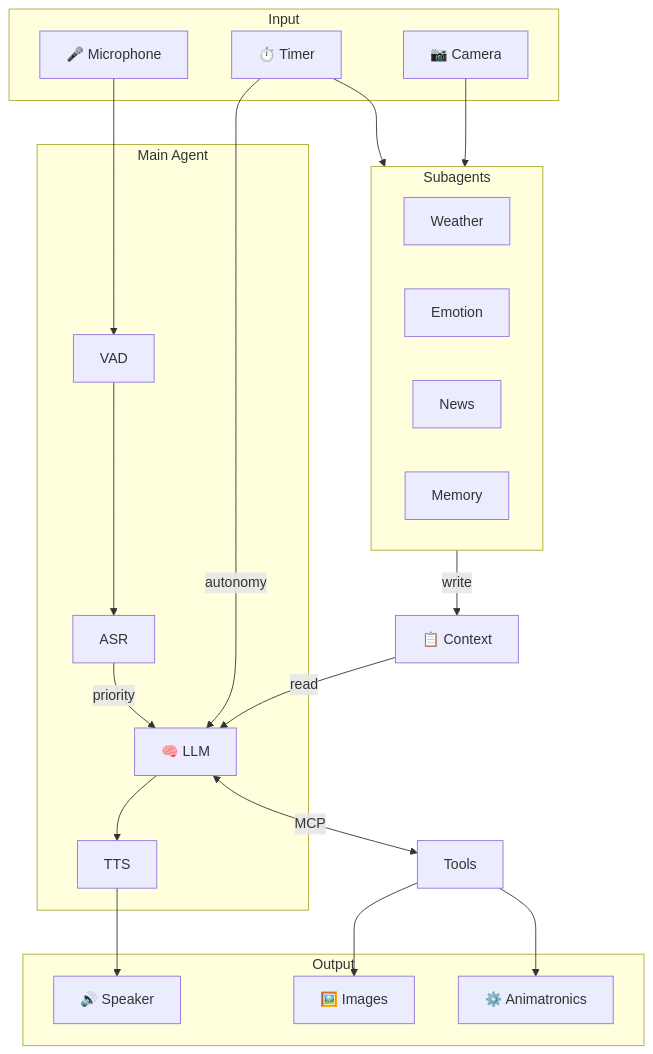
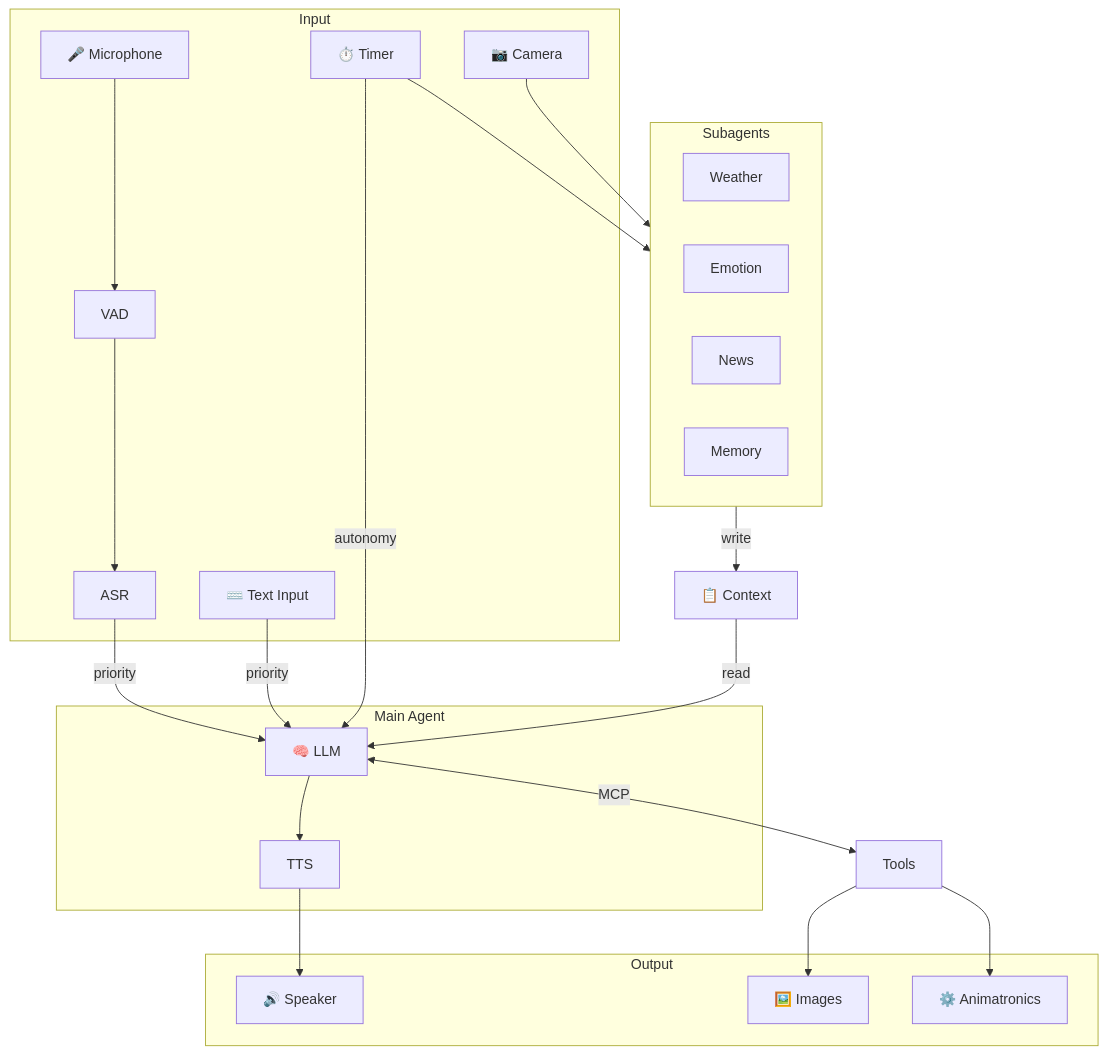
Before and after one commit to salmanzee-dev/Personality_Core_GLaDOS: the first of 5 diagrams in README.md, drawn with Mermaid. The commit also changed other lines of this file, not shown here.

First line of the commit message:
Expand README with architecture docs and project vision

````diff
--- a/README.md
+++ b/README.md
@@ -31,42 +48,42 @@
 ```mermaid
 flowchart TB
     subgraph Input
-        mic[🎤 Microphone]
+        mic[🎤 Microphone] --> vad[VAD] --> asr[ASR]
+        text[⌨️ Text Input]
         tick[⏱️ Timer]
         cam[📷 Camera]
     end
-
-    subgraph Core["Main Agent"]
-        vad[VAD]
-        asr[ASR]
-        llm[🧠 LLM]
-        tts[TTS]
-    end
-
-    ctx[📋 Context]
 
     subgraph Minds["Subagents"]
         weather[Weather]
         emotion[Emotion]
         news[News]
         memory[Memory]
     end
 
+    ctx[📋 Context]
+
+    subgraph Core["Main Agent"]
+        llm[🧠 LLM]
+        tts[TTS]
+    end
+
     subgraph Output
         speaker[🔊 Speaker]
         images[🖼️ Images]
         motors[⚙️ Animatronics]
     end
 
-    mic --> vad --> asr -->|priority| llm
+    asr -->|priority| llm
+    text -->|priority| llm
     tick --> Minds
     cam --> Minds
     tick -->|autonomy| llm
-    llm --> tts --> speaker
 
     Minds -->|write| ctx
     ctx -->|read| llm
+    llm --> tts --> speaker
     llm <-->|MCP| tools[Tools]
     tools --> images
     tools --> motors
 ```
````
